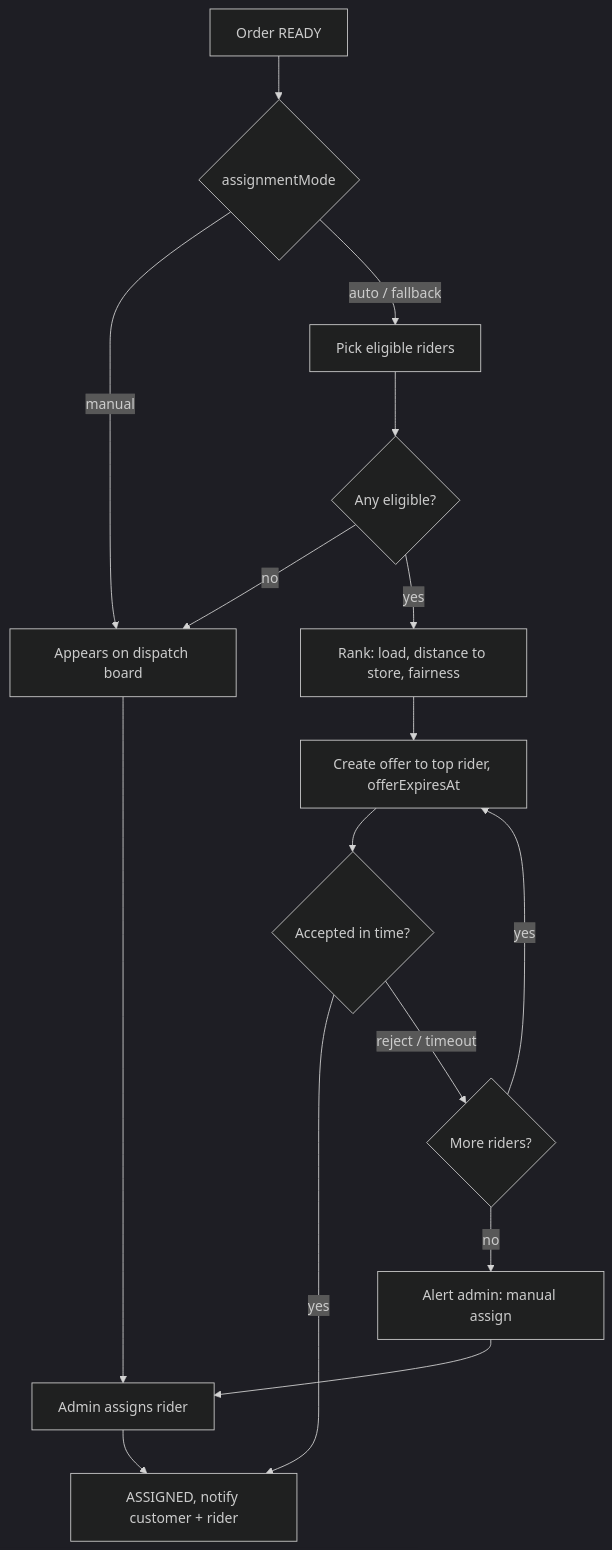
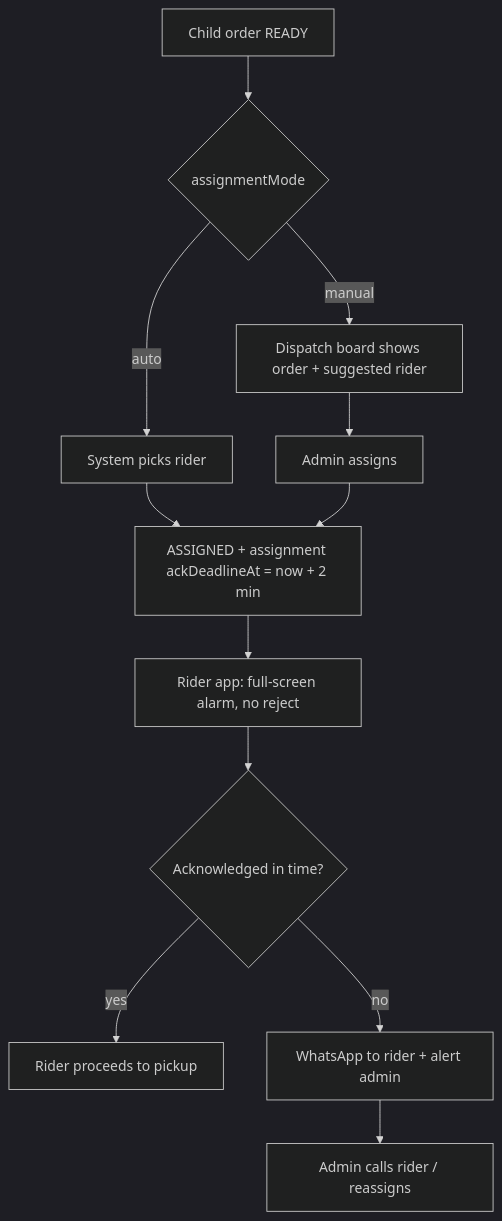
One commit to reboot-ai-private-limited/darjeeling-stores-quick-commerce changed the sixth of 8 diagrams in docs/02-workflows.md. Above: the diagram before and after it, drawn with Mermaid (dark theme). The commit also changed other lines of this file and 6 other files, not shown here.

````diff
--- a/docs/02-workflows.md
+++ b/docs/02-workflows.md
@@ -152,17 +191,14 @@
 ```mermaid
 flowchart TD
-    A[Order READY] --> M{assignmentMode}
-    M -- manual --> B[Appears on dispatch board]
-    M -- auto / fallback --> C[Pick eligible riders]
-    C --> D{Any eligible?}
-    D -- no --> B
-    D -- yes --> E[Rank: load, distance to store, fairness]
-    E --> F[Create offer to top rider, offerExpiresAt]
-    F --> G{Accepted in time?}
-    G -- yes --> H[ASSIGNED, notify customer + rider]
-    G -- reject / timeout --> I{More riders?}
-    I -- yes --> F
-    I -- no --> J[Alert admin: manual assign]
-    B --> K[Admin assigns rider] --> H
-    J --> K
+    A[Child order READY] --> M{assignmentMode}
+    M -- manual --> B[Dispatch board shows order + suggested rider]
+    M -- auto --> C[System picks rider]
+    B --> D[Admin assigns]
+    C --> E
+    D --> E[ASSIGNED + assignment ackDeadlineAt = now + 2 min]
+    E --> F[Rider app: full-screen alarm, no reject]
+    F --> G{Acknowledged in time?}
+    G -- yes --> H[Rider proceeds to pickup]
+    G -- no --> I[WhatsApp to rider + alert admin]
+    I --> J[Admin calls rider / reassigns]
 ```
````
